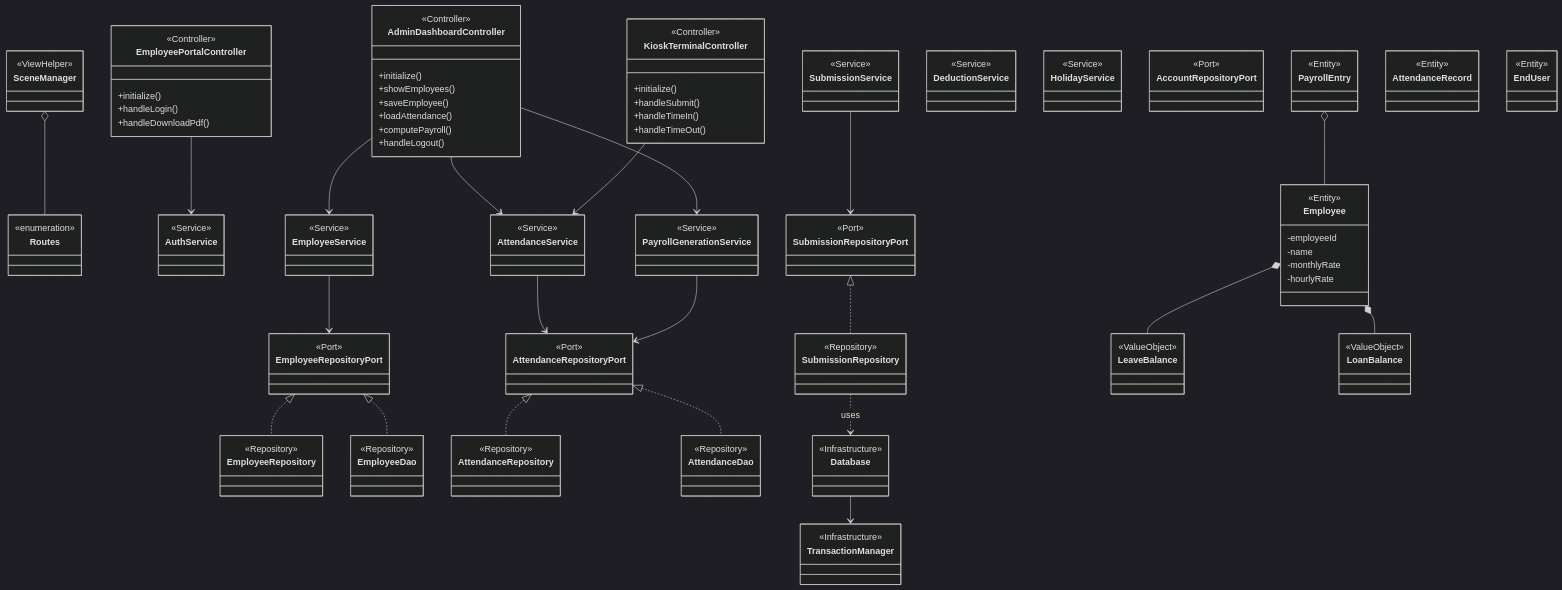
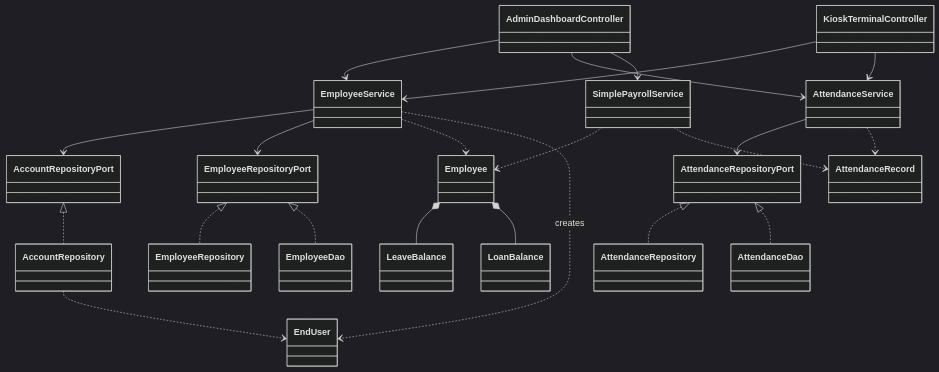
The first of 6 diagrams in .docs/diagrams.md (JAZSI/PayrollSystem), drawn with Mermaid (dark theme) before and after one commit.

````diff
--- a/.docs/diagrams.md
+++ b/.docs/diagrams.md
@@ -7,97 +7,52 @@
 ```mermaid
 classDiagram
-    %% --- CONTROLLERS (Presentation / Controller in MVC) ---
-    class AdminDashboardController <<Controller>> {
-        +initialize()
-        +showEmployees()
-        +saveEmployee()
-        +loadAttendance()
-        +computePayroll()
-        +handleLogout()
-    }
+    class AdminDashboardController
+    class KioskTerminalController
 
-    class KioskTerminalController <<Controller>> {
-        +initialize()
-        +handleSubmit()
-        +handleTimeIn()
-        +handleTimeOut()
-    }
+    class EmployeeService
+    class AttendanceService
+    class SimplePayrollService
 
-    class EmployeePortalController <<Controller>> {
-        +initialize()
-        +handleLogin()
-        +handleDownloadPdf()
-    }
+    class AccountRepositoryPort
+    class EmployeeRepositoryPort
+    class AttendanceRepositoryPort
 
-    class SceneManager <<ViewHelper>>
-    class Routes <<enumeration>>
+    class AccountRepository
+    class EmployeeRepository
+    class EmployeeDao
+    class AttendanceRepository
+    class AttendanceDao
 
-    %% --- SERVICES (Application Layer) ---
-    class AuthService <<Service>>
-    class EmployeeService <<Service>>
-    class AttendanceService <<Service>>
-    class PayrollGenerationService <<Service>>
-    class SubmissionService <<Service>>
-    class DeductionService <<Service>>
-    class HolidayService <<Service>>
+    class Employee
+    class EndUser
+    class AttendanceRecord
+    class LeaveBalance
+    class LoanBalance
 
-    %% --- PORTS / INTERFACES ---
-    class AccountRepositoryPort <<Port>>
-    class EmployeeRepositoryPort <<Port>>
-    class AttendanceRepositoryPort <<Port>>
-    class SubmissionRepositoryPort <<Port>>
-
-    %% --- INFRASTRUCTURE (Repository implementations) ---
-    class EmployeeRepository <<Repository>>
-    class EmployeeDao <<Repository>>
-    class AttendanceRepository <<Repository>>
-    class AttendanceDao <<Repository>>
-    class SubmissionRepository <<Repository>>
-    class Database <<Infrastructure>>
-    class TransactionManager <<Infrastructure>>
-
-    %% --- DOMAIN (Model in MVC) ---
-    class Employee <<Entity>> {
-        -employeeId
-        -name
-        -monthlyRate
-        -hourlyRate
-    }
-
-    class PayrollEntry <<Entity>>
-    class AttendanceRecord <<Entity>>
-    class LeaveBalance <<ValueObject>>
-    class LoanBalance <<ValueObject>>
-    class EndUser <<Entity>>
-
-    %% --- RELATIONSHIPS (clear MVC mapping) ---
-    %% Controllers -> Services
     AdminDashboardController --> EmployeeService
     AdminDashboardController --> AttendanceService
-    AdminDashboardController --> PayrollGenerationService
+    AdminDashboardController --> SimplePayrollService
+    KioskTerminalController --> EmployeeService
     KioskTerminalController --> AttendanceService
-    EmployeePortalController --> AuthService
 
-    %% Services -> Ports (use interfaces)
+    EmployeeService --> AccountRepositoryPort
     EmployeeService --> EmployeeRepositoryPort
+    EmployeeService ..> Employee
+    EmployeeService ..> EndUser : creates
+
     AttendanceService --> AttendanceRepositoryPort
-    SubmissionService --> SubmissionRepositoryPort
-    PayrollGenerationService --> AttendanceRepositoryPort
+    AttendanceService ..> AttendanceRecord
 
-    %% Ports implemented by repositories
+    SimplePayrollService ..> Employee
+    SimplePayrollService ..> AttendanceRecord
+
+    AccountRepositoryPort <|.. AccountRepository
     EmployeeRepositoryPort <|.. EmployeeRepository
     EmployeeRepositoryPort <|.. EmployeeDao
     AttendanceRepositoryPort <|.. AttendanceRepository
     AttendanceRepositoryPort <|.. AttendanceDao
-    SubmissionRepositoryPort <|.. SubmissionRepository
 
-    %% Domain ownership
+    AccountRepository ..> EndUser
     Employee *-- LeaveBalance
     Employee *-- LoanBalance
-    PayrollEntry o-- Employee
-    SubmissionRepository ..> Database : uses
-    Database --> TransactionManager
-
-    %% View helpers
-    SceneManager o-- Routes
 ```
````
